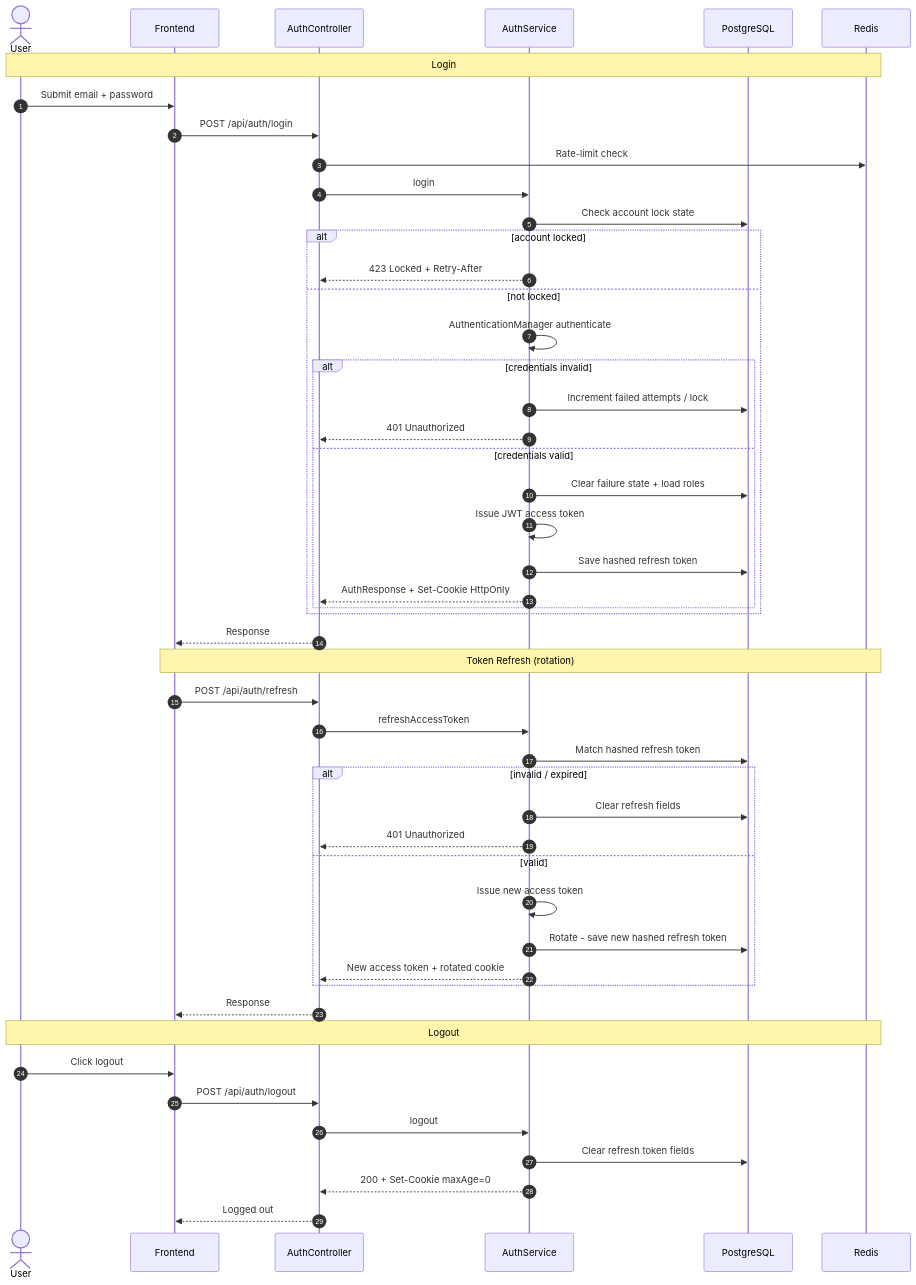
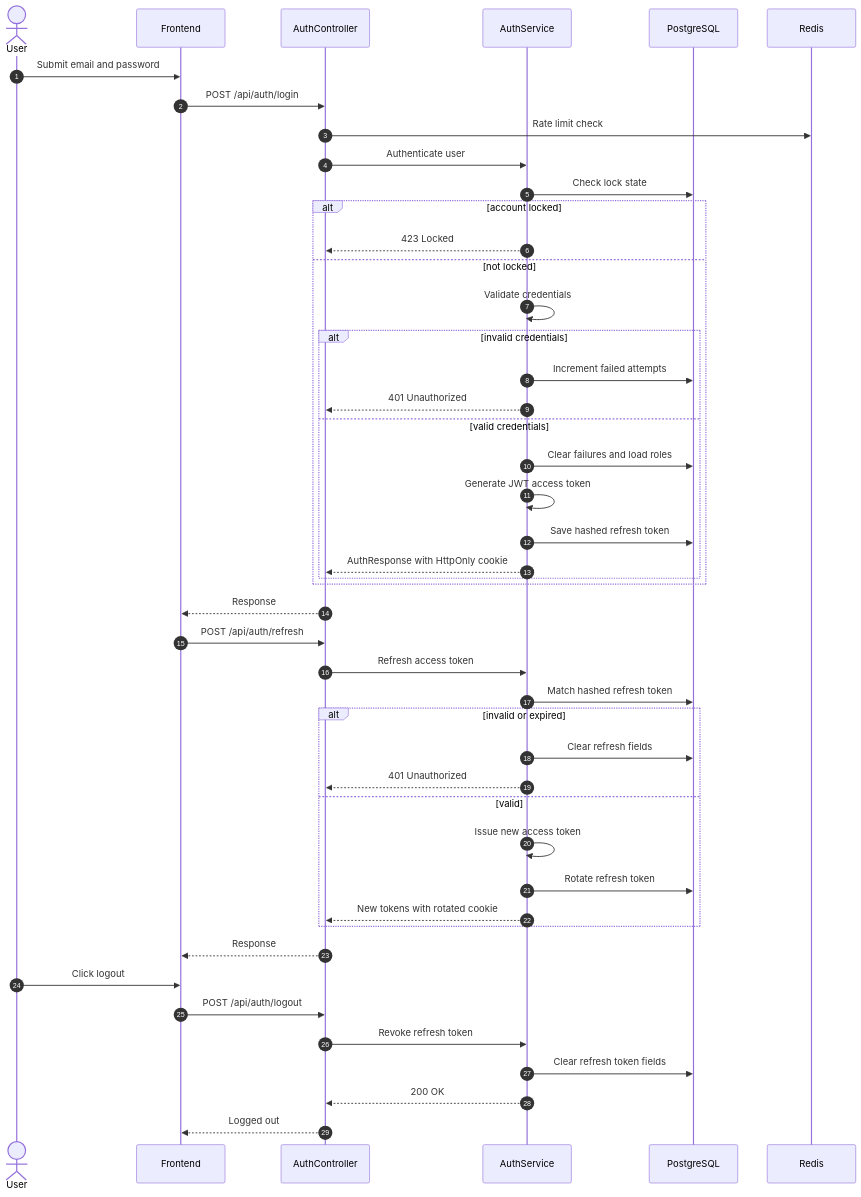
Before and after one commit to himanshugupta91/Full-Stack-Authentication-System: the seventh of 12 diagrams in README.md, drawn with Mermaid. The commit also changed other lines of this file, not shown here.

Commit message:
Rewrite all 12 mermaid diagrams from scratch with plain GitHub-compatible syntax

````diff
--- a/README.md
+++ b/README.md
@@ -332,54 +309,49 @@
 ```mermaid
 sequenceDiagram
     autonumber
     actor User
     participant FE as Frontend
     participant API as AuthController
     participant SVC as AuthService
     participant DB as PostgreSQL
     participant REDIS as Redis
 
-    Note over User,REDIS: Login
-    User->>FE: Submit email + password
+    User->>FE: Submit email and password
     FE->>API: POST /api/auth/login
-    API->>REDIS: Rate-limit check
-    API->>SVC: login
-    SVC->>DB: Check account lock state
+    API->>REDIS: Rate limit check
+    API->>SVC: Authenticate user
+    SVC->>DB: Check lock state
     alt account locked
-        SVC-->>API: 423 Locked + Retry-After
+        SVC-->>API: 423 Locked
     else not locked
-        SVC->>SVC: AuthenticationManager authenticate
-        alt credentials invalid
-            SVC->>DB: Increment failed attempts / lock
+        SVC->>SVC: Validate credentials
+        alt invalid credentials
+            SVC->>DB: Increment failed attempts
             SVC-->>API: 401 Unauthorized
-        else credentials valid
-            SVC->>DB: Clear failure state + load roles
-            SVC->>SVC: Issue JWT access token
+        else valid credentials
+            SVC->>DB: Clear failures and load roles
+            SVC->>SVC: Generate JWT access token
             SVC->>DB: Save hashed refresh token
-            SVC-->>API: AuthResponse + Set-Cookie HttpOnly
+            SVC-->>API: AuthResponse with HttpOnly cookie
         end
     end
     API-->>FE: Response
-
-    Note over FE,REDIS: Token Refresh (rotation)
     FE->>API: POST /api/auth/refresh
-    API->>SVC: refreshAccessToken
+    API->>SVC: Refresh access token
     SVC->>DB: Match hashed refresh token
-    alt invalid / expired
+    alt invalid or expired
         SVC->>DB: Clear refresh fields
         SVC-->>API: 401 Unauthorized
     else valid
         SVC->>SVC: Issue new access token
-        SVC->>DB: Rotate - save new hashed refresh token
-        SVC-->>API: New access token + rotated cookie
+        SVC->>DB: Rotate refresh token
+        SVC-->>API: New tokens with rotated cookie
     end
     API-->>FE: Response
-
-    Note over User,REDIS: Logout
     User->>FE: Click logout
     FE->>API: POST /api/auth/logout
-    API->>SVC: logout
+    API->>SVC: Revoke refresh token
     SVC->>DB: Clear refresh token fields
-    SVC-->>API: 200 + Set-Cookie maxAge=0
+    SVC-->>API: 200 OK
     API-->>FE: Logged out
 ```
````
